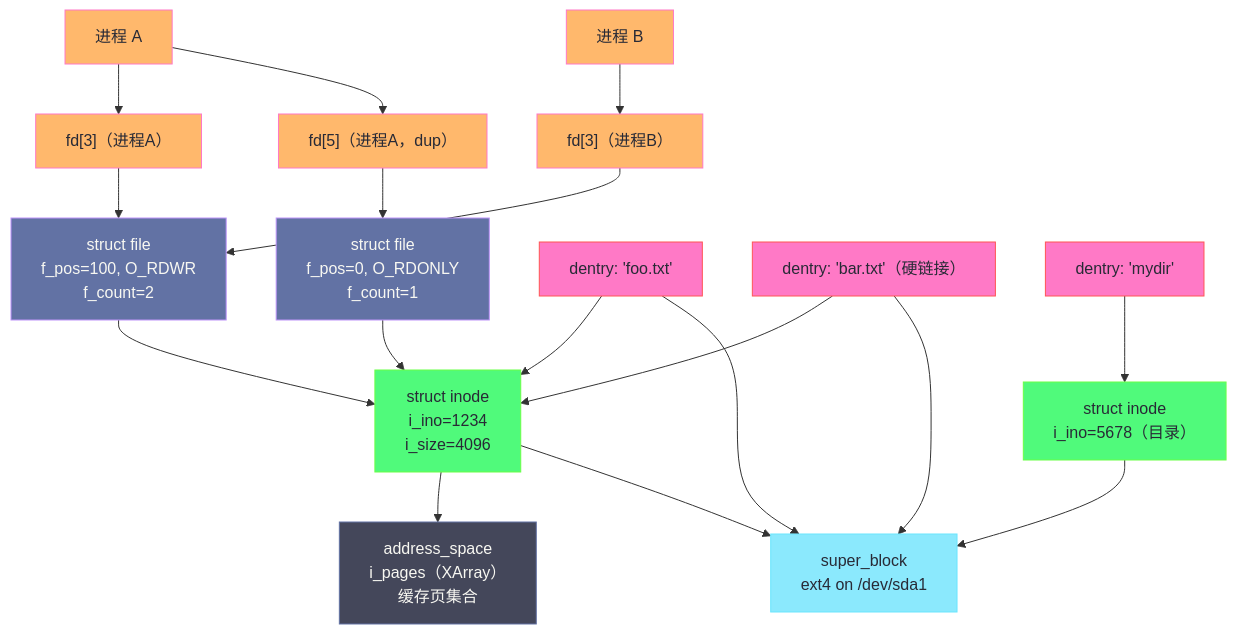
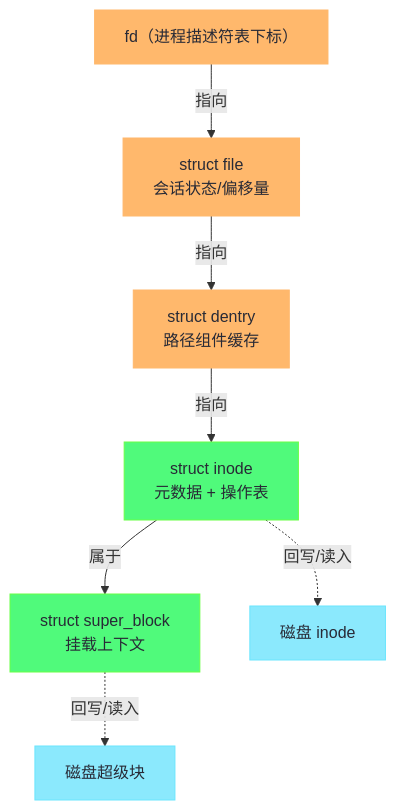
Before and after one commit to hpliStartAgain/my-brain: the first of 2 diagrams in content/Linux/文件系统/02 VFS 虚拟文件系统——超级块、inode、dentry 与 file.md, drawn with Mermaid. The commit also changed other lines of this file and 47 other files, not shown here.

````diff
--- a/content/Linux/文件系统/02 VFS 虚拟文件系统——超级块、inode、dentry 与 file.md
+++ b/content/Linux/文件系统/02 VFS 虚拟文件系统——超级块、inode、dentry 与 file.md
@@ -591,48 +45,19 @@
 ```mermaid
 %%{init: {'theme': 'dracula'}}%%
-graph TD
-    classDef process fill:#ffb86c,stroke:#ff79c6,color:#282a36
-    classDef file fill:#6272a4,stroke:#bd93f9,color:#f8f8f2
-    classDef inode fill:#50fa7b,stroke:#69ff47,color:#282a36
-    classDef dentry fill:#ff79c6,stroke:#ff5555,color:#282a36
-    classDef sb fill:#8be9fd,stroke:#6be5fd,color:#282a36
-    classDef cache fill:#44475a,stroke:#6272a4,color:#f8f8f2
+flowchart TB
+    classDef disk fill:#8be9fd,stroke:#6be5fd,color:#282a36
+    classDef mem fill:#ffb86c,stroke:#ffb86c,color:#282a36
+    classDef meta fill:#50fa7b,stroke:#69ff47,color:#282a36
 
-    P1["进程 A"]:::process
-    P2["进程 B"]:::process
+    FD["fd（进程描述符表下标）"]:::mem
+    F["struct file<br/>会话状态/偏移量"]:::mem
+    D["struct dentry<br/>路径组件缓存"]:::mem
+    I["struct inode<br/>元数据 + 操作表"]:::meta
+    SB["struct super_block<br/>挂载上下文"]:::meta
+    DI["磁盘 inode"]:::disk
+    DSK["磁盘超级块"]:::disk
 
-    FD1["fd[3]（进程A）"]:::process
-    FD2["fd[3]（进程B）"]:::process
-    FD3["fd[5]（进程A，dup）"]:::process
-
-    F1["struct file<br/>f_pos=100, O_RDWR<br/>f_count=2"]:::file
-    F2["struct file<br/>f_pos=0, O_RDONLY<br/>f_count=1"]:::file
-
-    I1["struct inode<br/>i_ino=1234<br/>i_size=4096"]:::inode
-    I2["struct inode<br/>i_ino=5678（目录）"]:::inode
-
-    D1["dentry: 'foo.txt'"]:::dentry
-    D2["dentry: 'bar.txt'（硬链接）"]:::dentry
-    D3["dentry: 'mydir'"]:::dentry
-
-    SB["super_block<br/>ext4 on /dev/sda1"]:::sb
-
-    AC["address_space<br/>i_pages（XArray）<br/>缓存页集合"]:::cache
-
-    P1 --> FD1
-    P2 --> FD2
-    P1 --> FD3
-    FD1 --> F1
-    FD2 --> F1
-    FD3 --> F2
-    F1 --> I1
-    F2 --> I1
-    D1 --> I1
-    D2 --> I1
-    D3 --> I2
-    I1 --> AC
-    I1 --> SB
-    I2 --> SB
-    D1 --> SB
-    D2 --> SB
+    FD -->|指向| F -->|指向| D -->|指向| I -->|属于| SB
+    I -.->|回写/读入| DI
+    SB -.->|回写/读入| DSK
 ```
````
